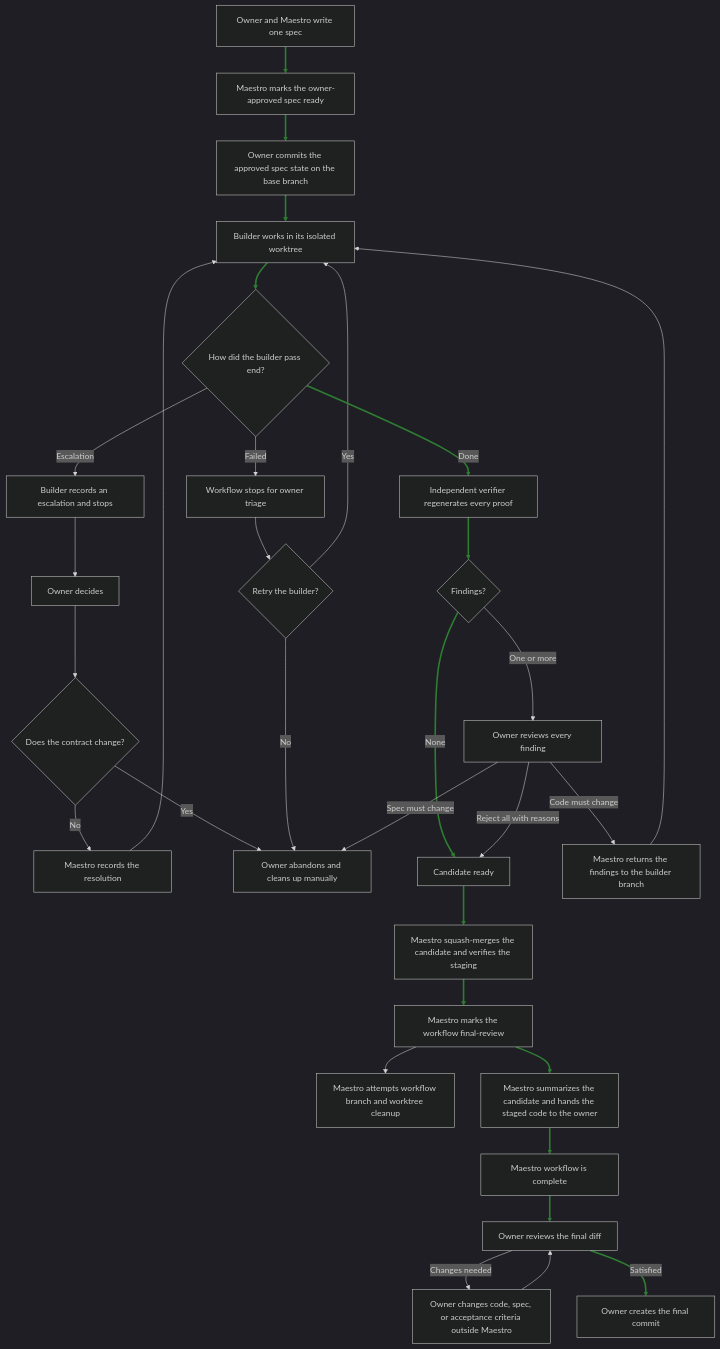
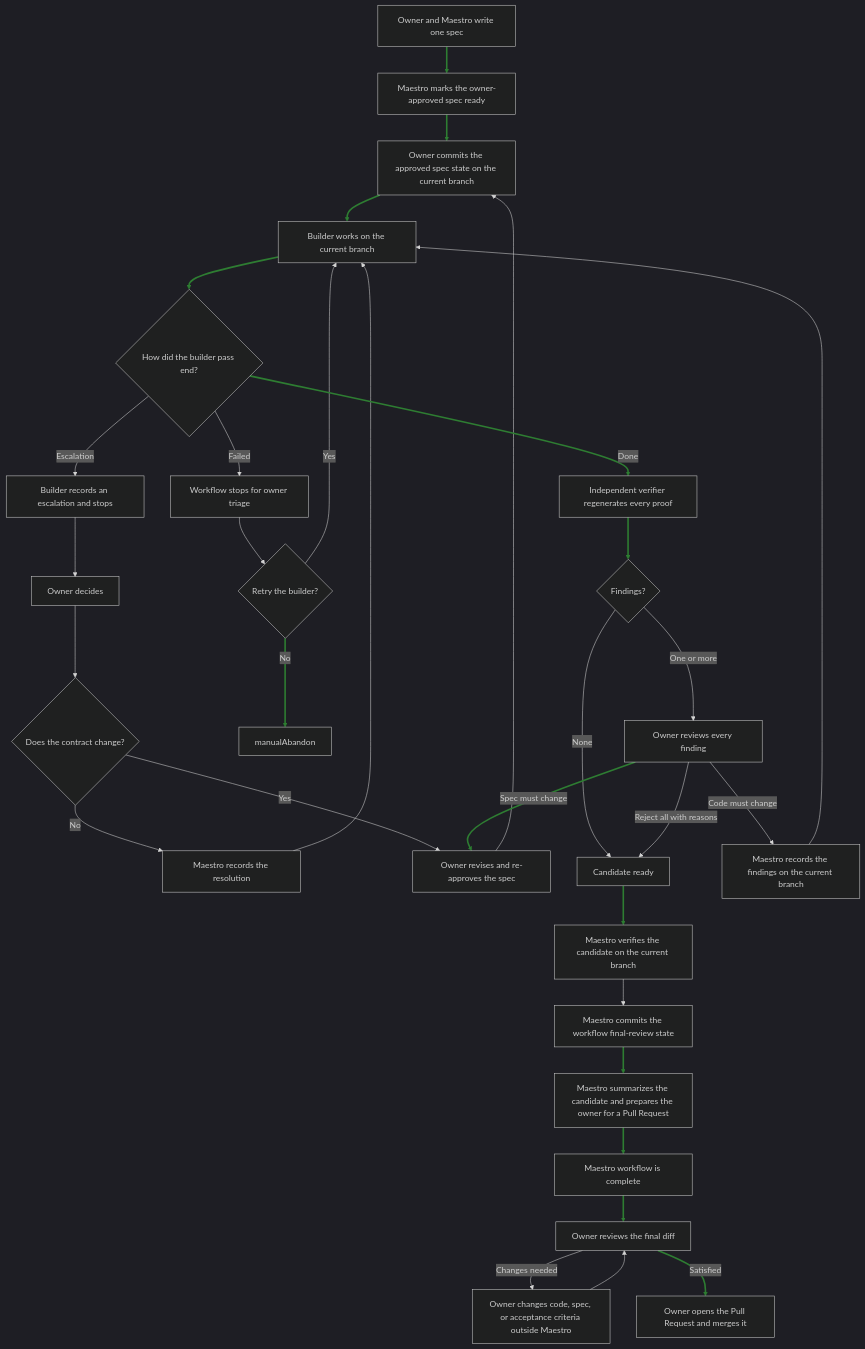
The diagram in plan.md (emilioSp/pi-maestro), drawn with Mermaid (dark theme) before and after one commit. The commit also changed other lines of this file and 19 other files, not shown here.

````diff
--- a/plan.md
+++ b/plan.md
@@ -688,50 +684,50 @@
 ```mermaid
 flowchart TD
     spec[Owner and Maestro write one spec]
     ready[Maestro marks the owner-approved spec ready]
-    approval[Owner commits the approved spec state on the base branch]
-    build[Builder works in its isolated worktree]
+    approval[Owner commits the approved spec state on the current branch]
+    build[Builder works on the current branch]
     buildOutcome{How did the builder pass end?}
 
     spec --> ready
     ready --> approval
     approval --> build
     build --> buildOutcome
 
     buildOutcome -->|Escalation| escalation[Builder records an escalation and stops]
     escalation --> ownerAnswer[Owner decides]
     ownerAnswer --> escalationOutcome{Does the contract change?}
     escalationOutcome -->|No| recordContinue[Maestro records the resolution]
     recordContinue --> build
-    escalationOutcome -->|Yes| manualAbandon[Owner abandons and cleans up manually]
+    escalationOutcome -->|Yes| reviseSpec[Owner revises and re-approves the spec]
+    reviseSpec --> approval
 
     buildOutcome -->|Failed| builderFailed[Workflow stops for owner triage]
     builderFailed --> retryBuilder{Retry the builder?}
     retryBuilder -->|Yes| build
     retryBuilder -->|No| manualAbandon
 
     buildOutcome -->|Done| verify[Independent verifier regenerates every proof]
     verify --> findings{Findings?}
 
     findings -->|None| candidate[Candidate ready]
     findings -->|One or more| ownerFindings[Owner reviews every finding]
 
     ownerFindings -->|Reject all with reasons| candidate
-    ownerFindings -->|Code must change| returnBuilder[Maestro returns the findings to the builder branch]
+    ownerFindings -->|Code must change| returnBuilder[Maestro records the findings on the current branch]
     returnBuilder --> build
 
-    ownerFindings -->|Spec must change| manualAbandon
+    ownerFindings -->|Spec must change| reviseSpec
 
-    candidate --> staged[Maestro squash-merges the candidate and verifies the staging]
-    staged --> finalState[Maestro marks the workflow final-review]
-    finalState --> cleanup[Maestro attempts workflow branch and worktree cleanup]
-    finalState --> finalSummary[Maestro summarizes the candidate and hands the staged code to the owner]
+    candidate --> staged[Maestro verifies the candidate on the current branch]
+    staged --> finalState[Maestro commits the workflow final-review state]
+    finalState --> finalSummary[Maestro summarizes the candidate and prepares the owner for a Pull Request]
     finalSummary --> workflowDone[Maestro workflow is complete]
     workflowDone --> humanReview[Owner reviews the final diff]
 
     humanReview -->|Changes needed| adjust[Owner changes code, spec, or acceptance criteria outside Maestro]
     adjust --> humanReview
-    humanReview -->|Satisfied| finalCommit[Owner creates the final commit]
+    humanReview -->|Satisfied| finalCommit[Owner opens the Pull Request and merges it]
 
     linkStyle 0,1,2,3,14,15,16,22,23,25,26,27,30 stroke:#2e7d32,stroke-width:3px
 ```
````
